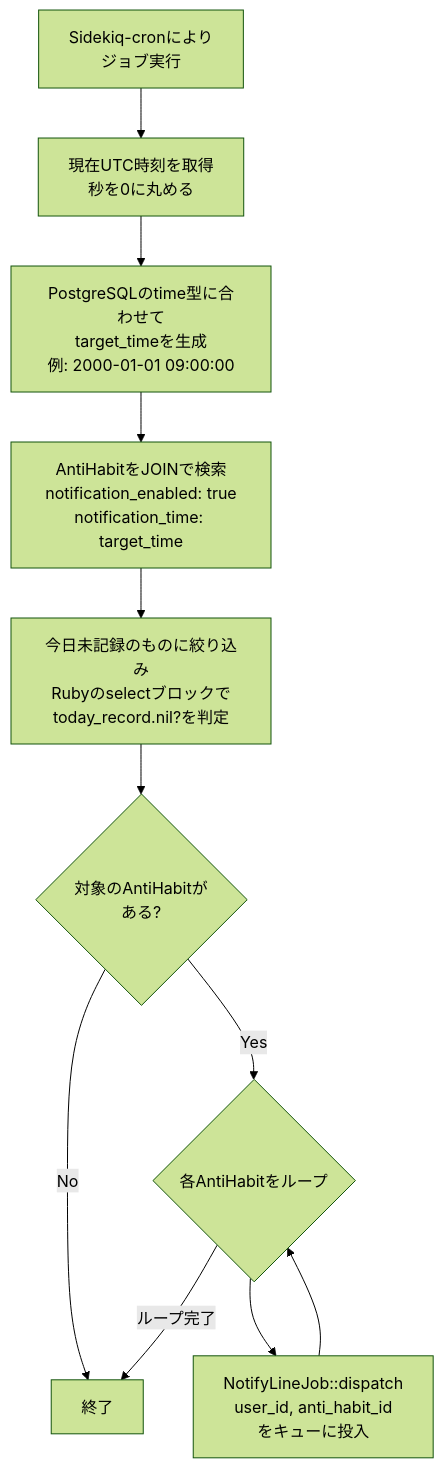
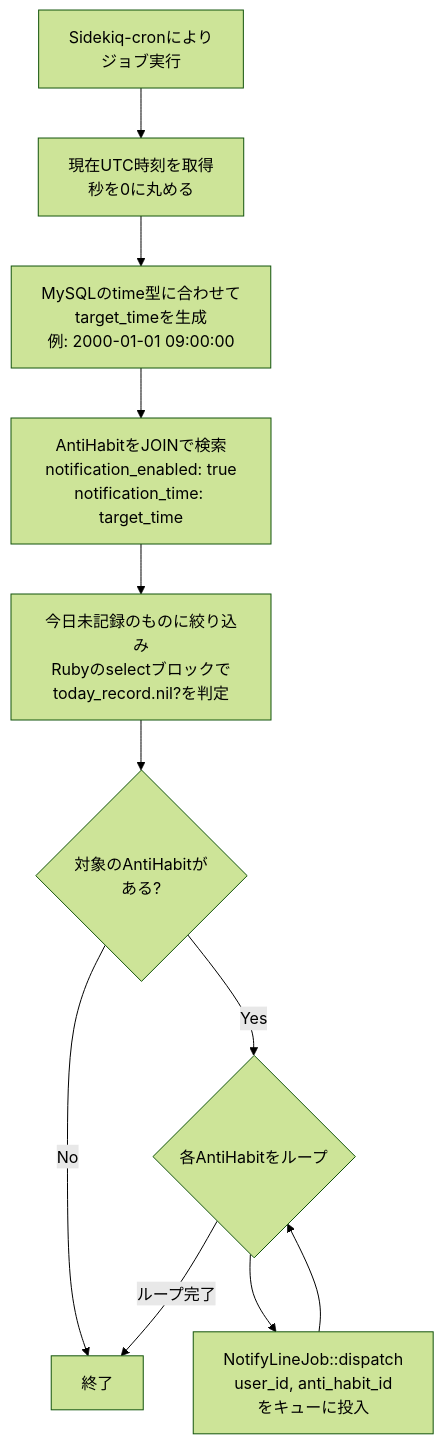
One commit to kamiyuu0/anti_habits_laravel changed the diagram in docs/notify_dispatcher_job_perform.md. Above: the diagram before and after it, drawn with Mermaid (forest theme). The commit also changed 9 other files, not shown here.

````diff
--- a/docs/notify_dispatcher_job_perform.md
+++ b/docs/notify_dispatcher_job_perform.md
@@ -7,20 +7,20 @@
 ```mermaid
 flowchart TD
     A[Sidekiq-cronにより<br>ジョブ実行] --> B[現在UTC時刻を取得<br>秒を0に丸める]
 
-    B --> C["PostgreSQLのtime型に合わせて<br>target_timeを生成<br>例: 2000-01-01 09:00:00"]
+    B --> C["MySQLのtime型に合わせて<br>target_timeを生成<br>例: 2000-01-01 09:00:00"]
 
     C --> D[AntiHabitをJOINで検索<br>notification_enabled: true<br>notification_time: target_time]
 
     D --> E["今日未記録のものに絞り込み<br>Rubyのselectブロックで<br>today_record.nil?を判定"]
 
     E --> F{対象のAntiHabitが<br>ある?}
 
     F -- No --> G[終了]
     F -- Yes --> H{各AntiHabitをループ}
 
     H --> I[NotifyLineJob::dispatch<br>user_id, anti_habit_id<br>をキューに投入]
     I --> H
 
     H -- ループ完了 --> G
 ```
````
